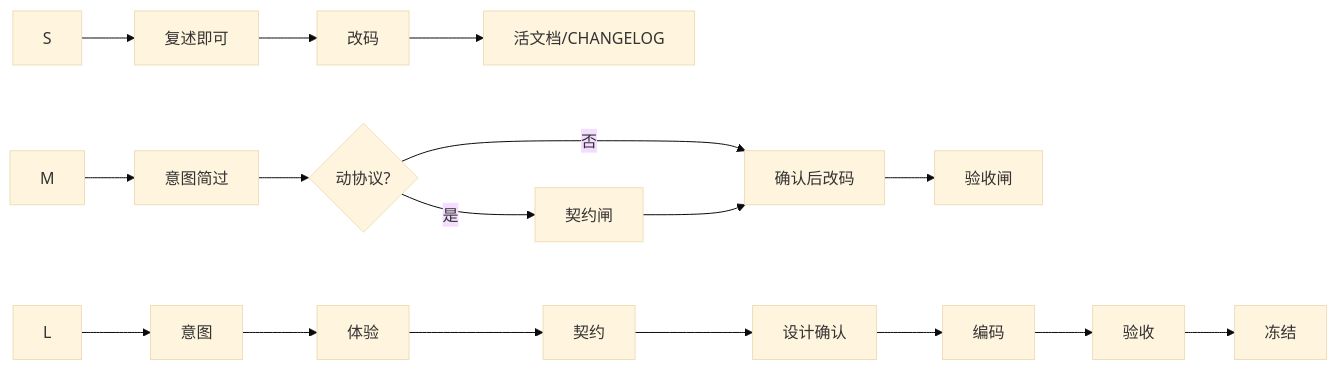
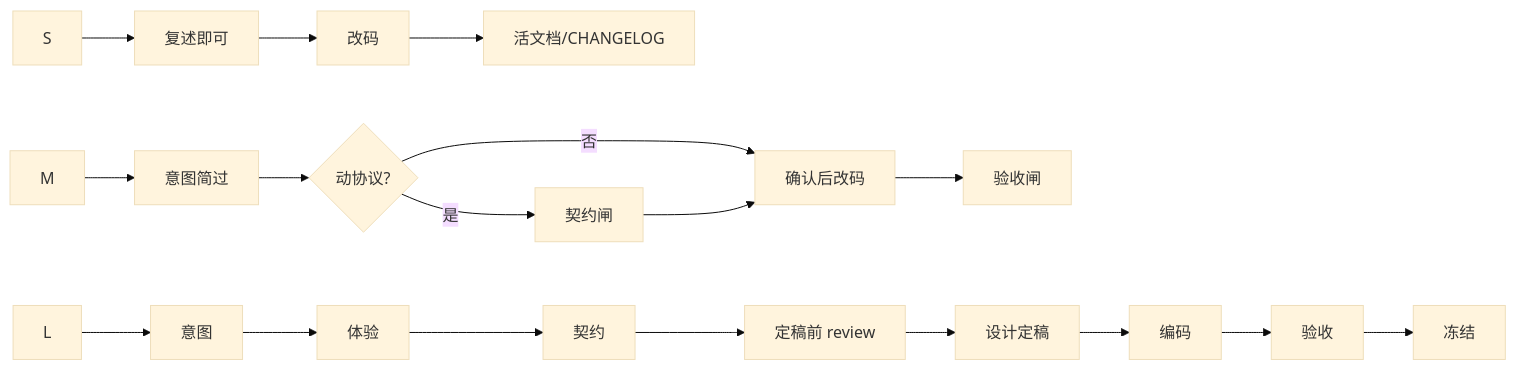
Before and after one commit to linjiaqin12138/skills: the diagram in skills/product-delivery/references/gates.md, drawn with Mermaid (base theme). The commit also changed other lines of this file and 10 other files, not shown here.

````diff
--- a/skills/product-delivery/references/gates.md
+++ b/skills/product-delivery/references/gates.md
@@ -70,19 +83,20 @@
 ```mermaid
 flowchart LR
   S[S] --> S0[复述即可]
   S0 --> Code[改码]
   Code --> Soft[活文档/CHANGELOG]
   M[M] --> I[意图简过]
   I --> C{动协议?}
   C -->|是| K[契约闸]
   C -->|否| Code2[确认后改码]
   K --> Code2
   Code2 --> V[验收闸]
   L[L] --> G1[意图]
   G1 --> G2[体验]
   G2 --> G3[契约]
-  G3 --> D[设计确认]
+  G3 --> R[定稿前 review]
+  R --> D[设计定稿]
   D --> Code3[编码]
   Code3 --> G4[验收]
   G4 --> F[冻结]
 ```
````
